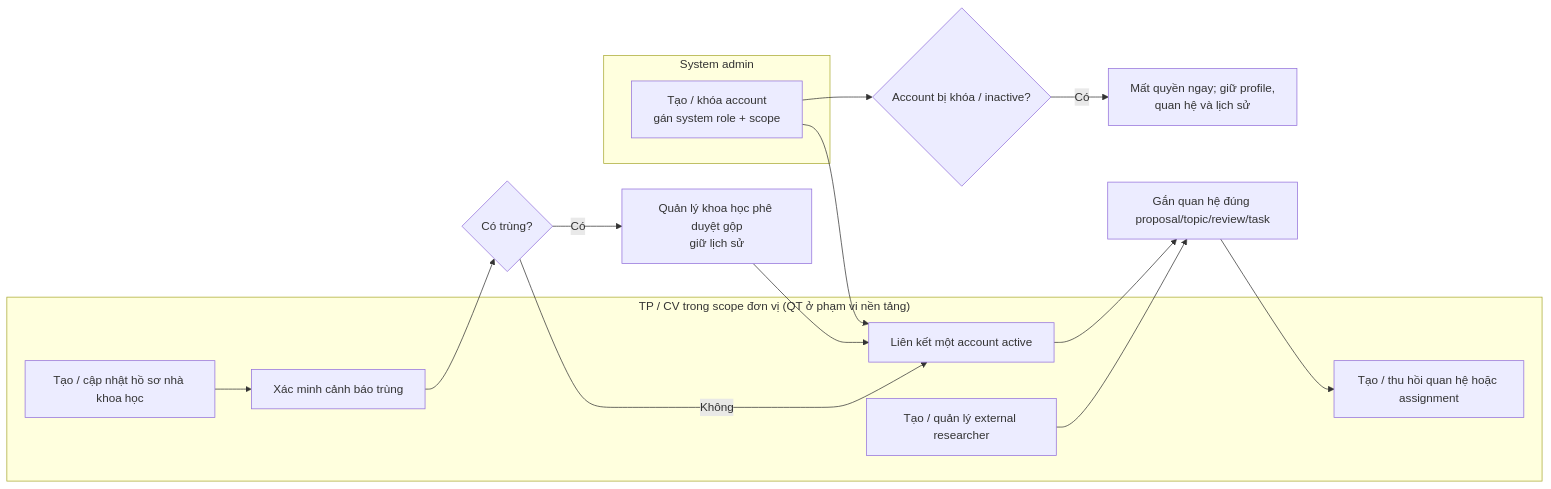
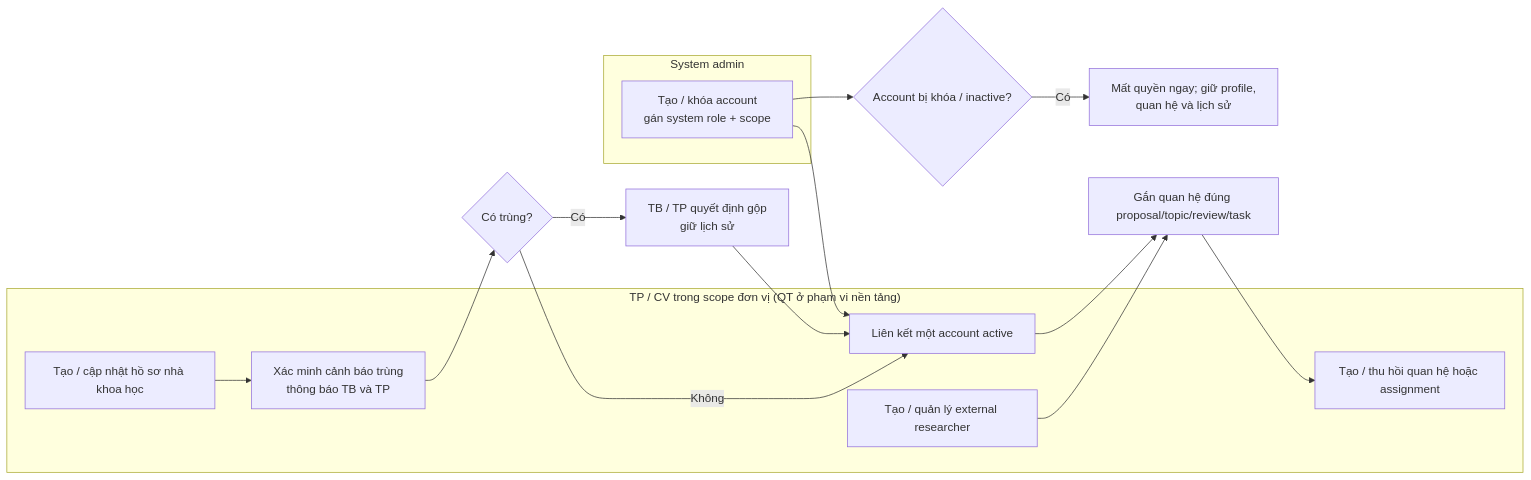
Before and after one commit to thanhdotien278/DocManS: the seventh of 10 diagrams in docs/user-flows.md, drawn with Mermaid. The commit also changed other lines of this file and 7 other files, not shown here.

First line of the commit message:
docs(permissions): ghi 4 quyết định sản phẩm vào ma trận và docs liên quan

````diff
--- a/docs/user-flows.md
+++ b/docs/user-flows.md
@@ -251,24 +251,24 @@
 ```mermaid
 flowchart LR
   subgraph profile_staff["TP / CV trong scope đơn vị (QT ở phạm vi nền tảng)"]
     create_profile["Tạo / cập nhật hồ sơ nhà khoa học"]
-    verify["Xác minh cảnh báo trùng"]
+    verify["Xác minh cảnh báo trùng<br/>thông báo TB và TP"]
     link["Liên kết một account active"]
     external_user["Tạo / quản lý external researcher"]
     assignment["Tạo / thu hồi quan hệ hoặc assignment"]
   end
 
   subgraph admin_lane["System admin"]
     account_admin["Tạo / khóa account<br/>gán system role + scope"]
   end
 
   create_profile --> verify --> merge_decision{"Có trùng?"}
   merge_decision -- "Không" --> link
-  merge_decision -- "Có" --> merge["Quản lý khoa học phê duyệt gộp<br/>giữ lịch sử"] --> link
+  merge_decision -- "Có" --> merge["TB / TP quyết định gộp<br/>giữ lịch sử"] --> link
   account_admin --> link
   link --> relation["Gắn quan hệ đúng proposal/topic/review/task"]
   external_user --> relation
   relation --> assignment
   account_admin --> locked{"Account bị khóa / inactive?"}
   locked -- "Có" --> revoke["Mất quyền ngay; giữ profile,<br/>quan hệ và lịch sử"]
 ```
````
